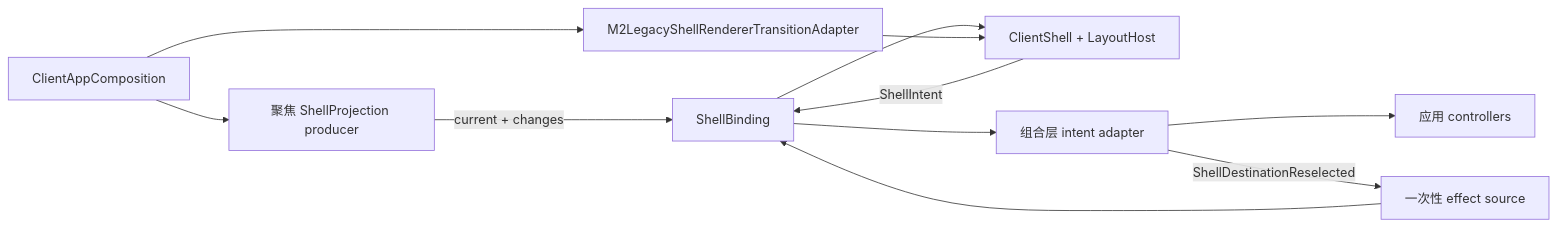
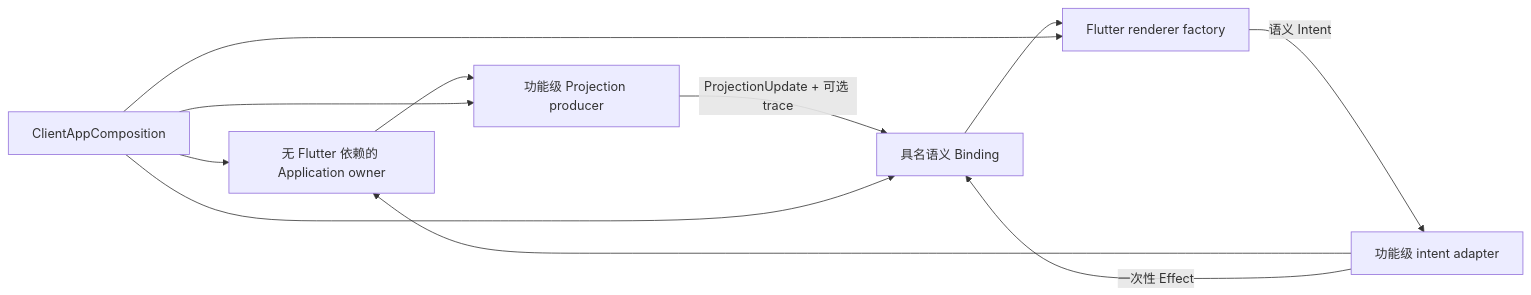
The second of 2 diagrams in docs/architecture/README.zh-CN.md (LicoLand/LicoUp), drawn with Mermaid before and after one commit. The commit also changed other lines of this file and 456 other files, not shown here.

````diff
--- a/docs/architecture/README.zh-CN.md
+++ b/docs/architecture/README.zh-CN.md
@@ -207,13 +207,13 @@
 ```mermaid
 flowchart LR
-    C["ClientAppComposition"] --> P["聚焦 ShellProjection producer"]
-    P -->|"current + changes"| B["ShellBinding"]
-    B --> R["ClientShell + LayoutHost"]
-    R -->|"ShellIntent"| B
-    B --> I["组合层 intent adapter"]
-    I --> A["应用 controllers"]
-    I -->|"ShellDestinationReselected"| E["一次性 effect source"]
-    E --> B
-    C --> T["M2LegacyShellRendererTransitionAdapter"]
-    T --> R
+    A["无 Flutter 依赖的 Application owner"] --> P["功能级 Projection producer"]
+    P -->|"ProjectionUpdate + 可选 trace"| B["具名语义 Binding"]
+    B --> R["Flutter renderer factory"]
+    R -->|"语义 Intent"| I["功能级 intent adapter"]
+    I --> A
+    I -->|"一次性 Effect"| B
+    C["ClientAppComposition"] --> A
+    C --> P
+    C --> B
+    C --> R
 ```
````
